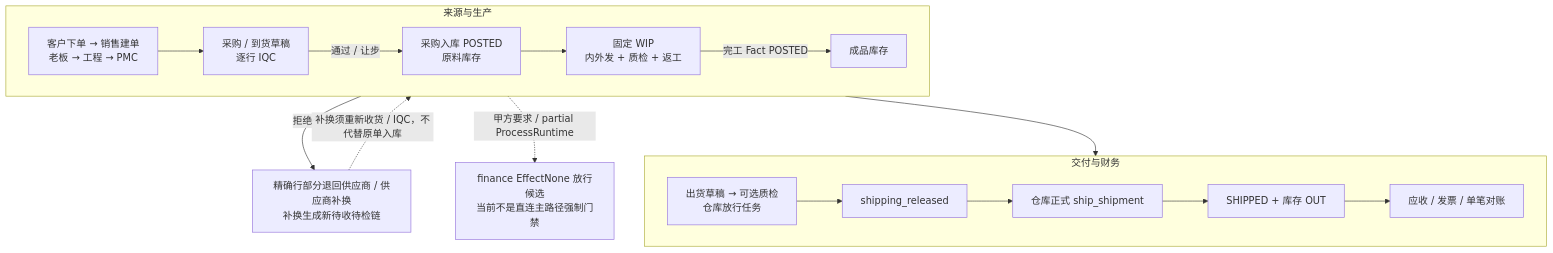
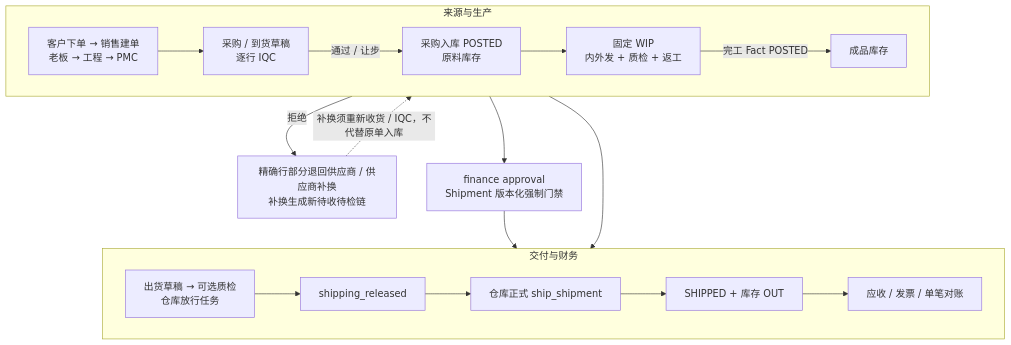
The fourth of 17 diagrams in docs/customers/yoyoosun/角色能力与流程矩阵.md (saurick/plush-toy-erp), drawn with Mermaid before and after one commit. The commit also changed other lines of this file and 89 other files, not shown here.

````diff
--- a/docs/customers/yoyoosun/角色能力与流程矩阵.md
+++ b/docs/customers/yoyoosun/角色能力与流程矩阵.md
@@ -537,19 +537,19 @@
 ```mermaid
 flowchart TD
   subgraph sourceToStock["来源与生产"]
     direction LR
     order["客户下单 → 销售建单<br/>老板 → 工程 → PMC"] --> supply["采购 / 到货草稿<br/>逐行 IQC"]
     supply -- "通过 / 让步" --> materialStock["采购入库 POSTED<br/>原料库存"]
     materialStock --> wip["固定 WIP<br/>内外发 + 质检 + 返工"]
     wip -- "完工 Fact POSTED" --> finishedStock["成品库存"]
   end
   supply -- "拒绝" --> rejection["精确行部分退回供应商 / 供应商补换<br/>补换生成新待收待检链"]
   rejection -. "补换须重新收货 / IQC，不代替原单入库" .-> supply
   subgraph stockToFinance["交付与财务"]
     direction LR
     release["出货草稿 → 可选质检<br/>仓库放行任务"] --> released["shipping_released"]
     released --> ship["仓库正式 ship_shipment"] --> shipped["SHIPPED + 库存 OUT"] --> finance["应收 / 发票 / 单笔对账"]
   end
   finishedStock --> release
-  finishedStock -. "甲方要求 / partial ProcessRuntime" .-> financeCandidate["finance EffectNone 放行候选<br/>当前不是直连主路径强制门禁"]
+  finishedStock --> financeCandidate["finance approval<br/>Shipment 版本化强制门禁"] --> release
 ```
````
